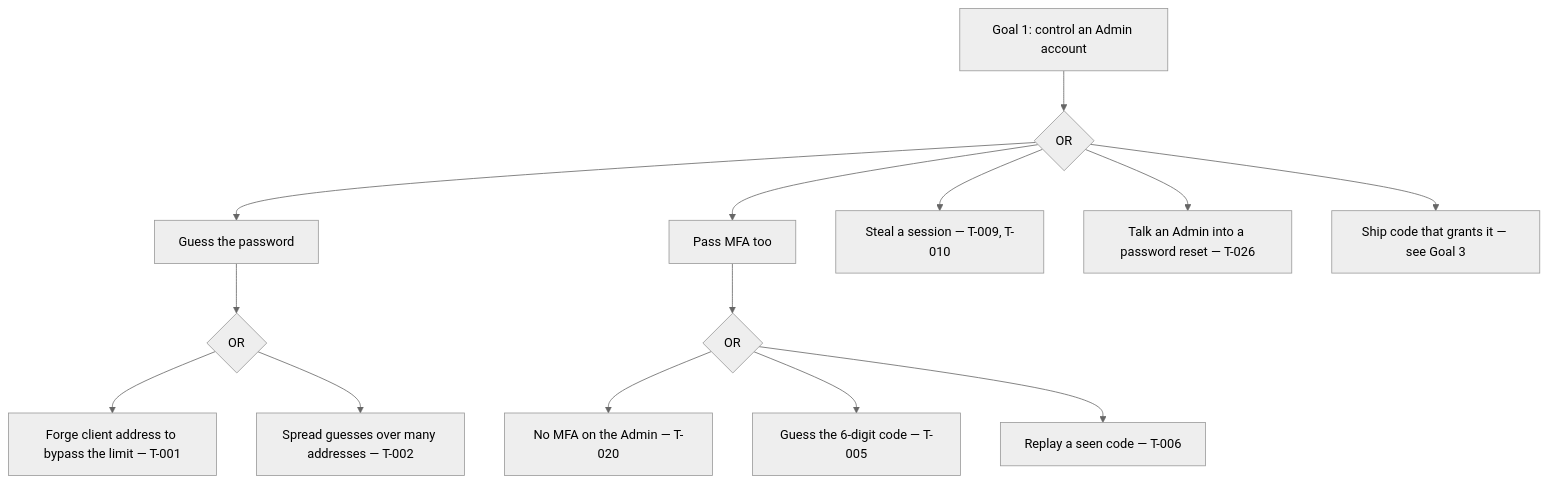
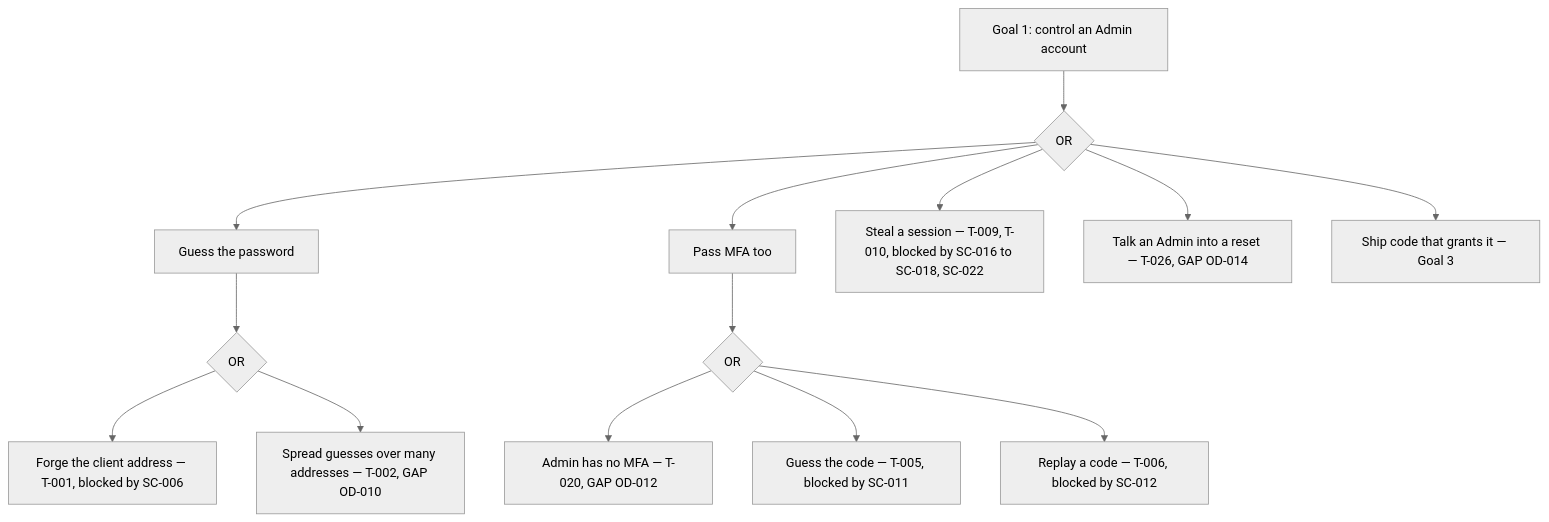
One commit to robinschweitz/raid-website changed the first of 6 diagrams in THREAT_MODEL.md. Above: the diagram before and after it, drawn with Mermaid (neutral theme). The commit also changed other lines of this file, not shown here.

First line of the commit message:
docs: base the threat model on the specifications, not the code

````diff
--- a/THREAT_MODEL.md
+++ b/THREAT_MODEL.md
@@ -424,14 +384,14 @@
 ```mermaid
 flowchart TD
   G1["Goal 1: control an Admin account"] --> O1{OR}
   O1 --> A1["Guess the password"] --> O1a{OR}
-  O1a --> A1a["Forge client address to bypass the limit — T-001"]
-  O1a --> A1b["Spread guesses over many addresses — T-002"]
+  O1a --> A1a["Forge the client address — T-001, blocked by SC-006"]
+  O1a --> A1b["Spread guesses over many addresses — T-002, GAP OD-010"]
   O1 --> A2["Pass MFA too"] --> O2{OR}
-  O2 --> A2a["No MFA on the Admin — T-020"]
-  O2 --> A2b["Guess the 6-digit code — T-005"]
-  O2 --> A2c["Replay a seen code — T-006"]
-  O1 --> A3["Steal a session — T-009, T-010"]
-  O1 --> A4["Talk an Admin into a password reset — T-026"]
-  O1 --> A5["Ship code that grants it — see Goal 3"]
+  O2 --> A2a["Admin has no MFA — T-020, GAP OD-012"]
+  O2 --> A2b["Guess the code — T-005, blocked by SC-011"]
+  O2 --> A2c["Replay a code — T-006, blocked by SC-012"]
+  O1 --> A3["Steal a session — T-009, T-010, blocked by SC-016 to SC-018, SC-022"]
+  O1 --> A4["Talk an Admin into a reset — T-026, GAP OD-014"]
+  O1 --> A5["Ship code that grants it — Goal 3"]
 ```
````
